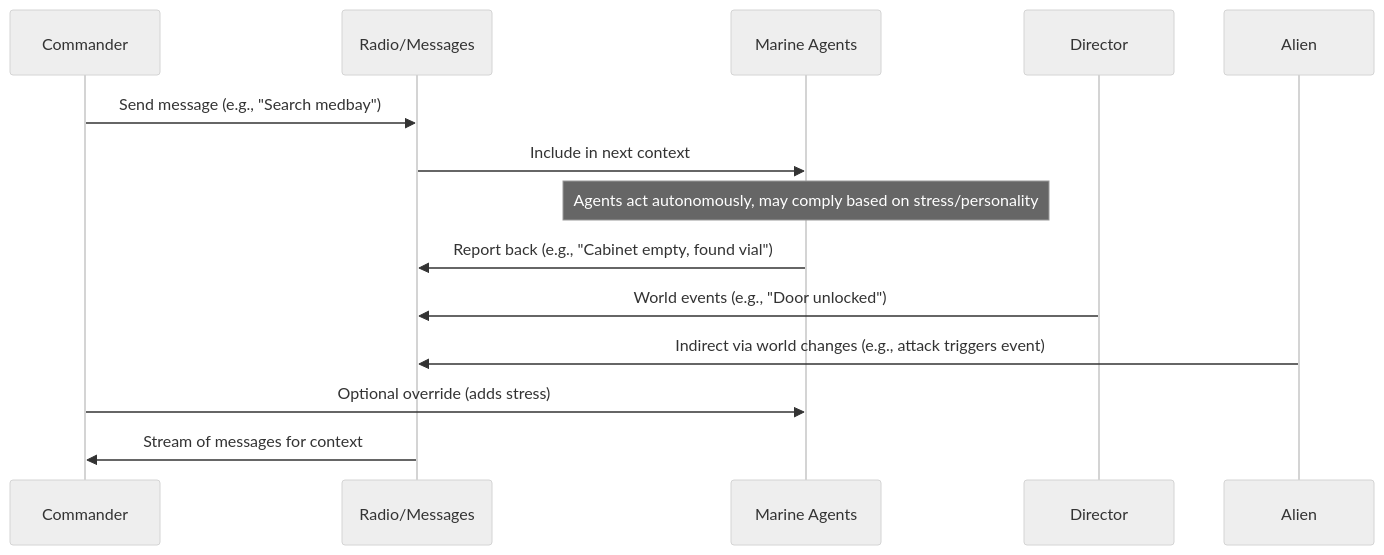
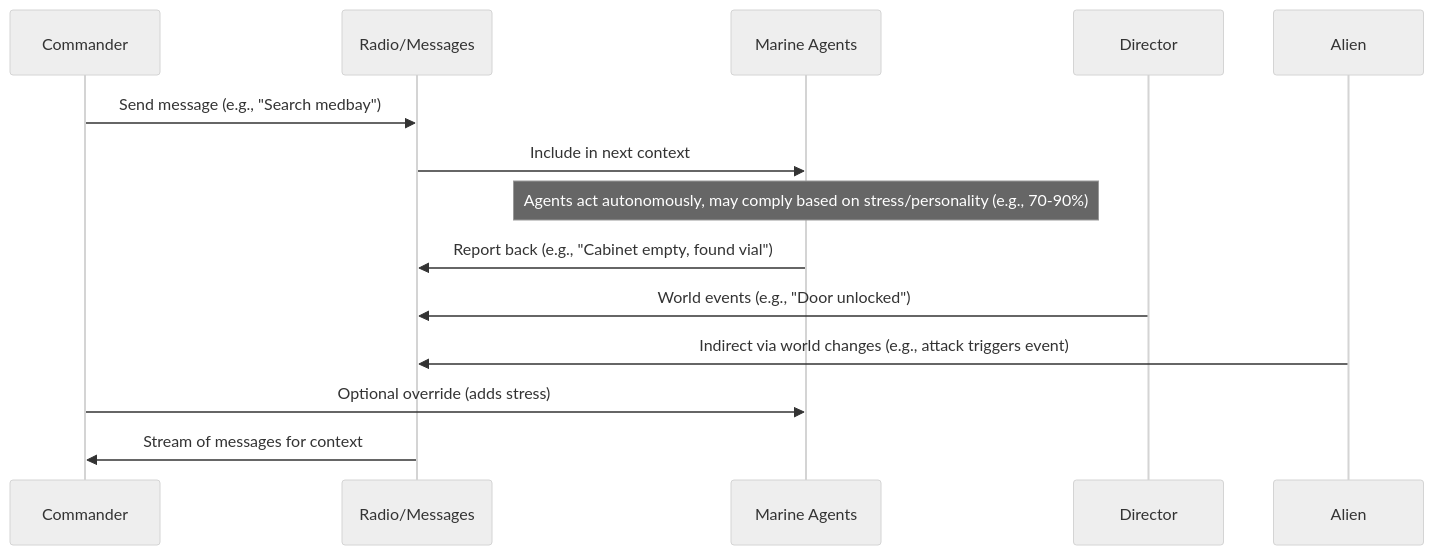
The fourth of 4 diagrams in PRD.md (larrygrpolanco/alien-in-the-machine), drawn with Mermaid (neutral theme) before and after one commit. The commit also changed other lines of this file and 2 other files, not shown here.

````diff
--- a/PRD.md
+++ b/PRD.md
@@ -284,16 +324,16 @@
 ```mermaid
 sequenceDiagram
     participant C as Commander
     participant R as Radio/Messages
     participant M as Marine Agents
     participant Dir as Director
     participant AL as Alien
     C->>R: Send message (e.g., "Search medbay")
     R->>M: Include in next context
-    Note over M: Agents act autonomously, may comply based on stress/personality
+    Note over M: Agents act autonomously, may comply based on stress/personality (e.g., 70-90%)
     M->>R: Report back (e.g., "Cabinet empty, found vial")
     Dir->>R: World events (e.g., "Door unlocked")
     AL->>R: Indirect via world changes (e.g., attack triggers event)
     C->>M: Optional override (adds stress)
     R->>C: Stream of messages for context
 ```
````
